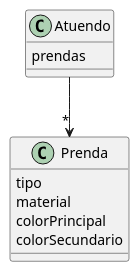
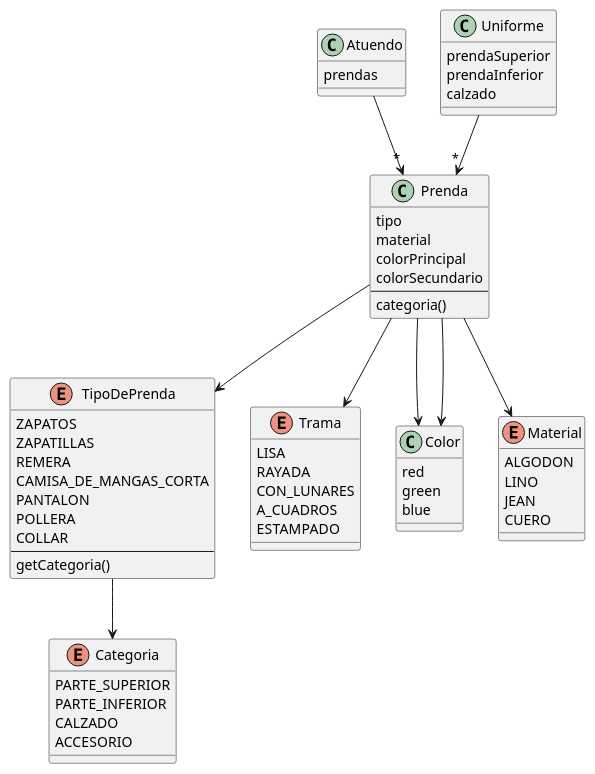
One commit to LautaroMelchiori/QueMePongo changed the diagram in src/main/java/diagrama.plantuml. Above: the diagram before and after it, drawn with PlantUML. The commit also changed 8 other files, not shown here.

```diff
--- a/src/main/java/diagrama.plantuml
+++ b/src/main/java/diagrama.plantuml
@@ -1,15 +1,71 @@
 @startuml Diagrama
 
 class Prenda {
     tipo
     material
     colorPrincipal
     colorSecundario
+    --
+    categoria()
 }
 
 class Atuendo {
     prendas
 }
 
+class Uniforme {
+    prendaSuperior
+    prendaInferior
+    calzado
+}
+
+enum TipoDePrenda {
+    ZAPATOS
+    ZAPATILLAS
+    REMERA
+    CAMISA_DE_MANGAS_CORTA
+    PANTALON
+    POLLERA
+    COLLAR
+    --
+    getCategoria()
+}
+
+enum Trama {
+  LISA
+  RAYADA
+  CON_LUNARES
+  A_CUADROS
+  ESTAMPADO
+}
+
+class Color {
+    red
+    green
+    blue
+}
+
+enum Material {
+  ALGODON
+  LINO
+  JEAN
+  CUERO
+}
+
+enum Categoria {
+  PARTE_SUPERIOR
+  PARTE_INFERIOR
+  CALZADO
+  ACCESORIO
+}
+
 Atuendo --> "*"  Prenda
+Uniforme --> "*" Prenda
+Prenda --> Material
+Prenda --> Color
+Prenda --> Color
+Prenda --> TipoDePrenda
+Prenda --> Trama
+TipoDePrenda --> Categoria
+
 @enduml
```
